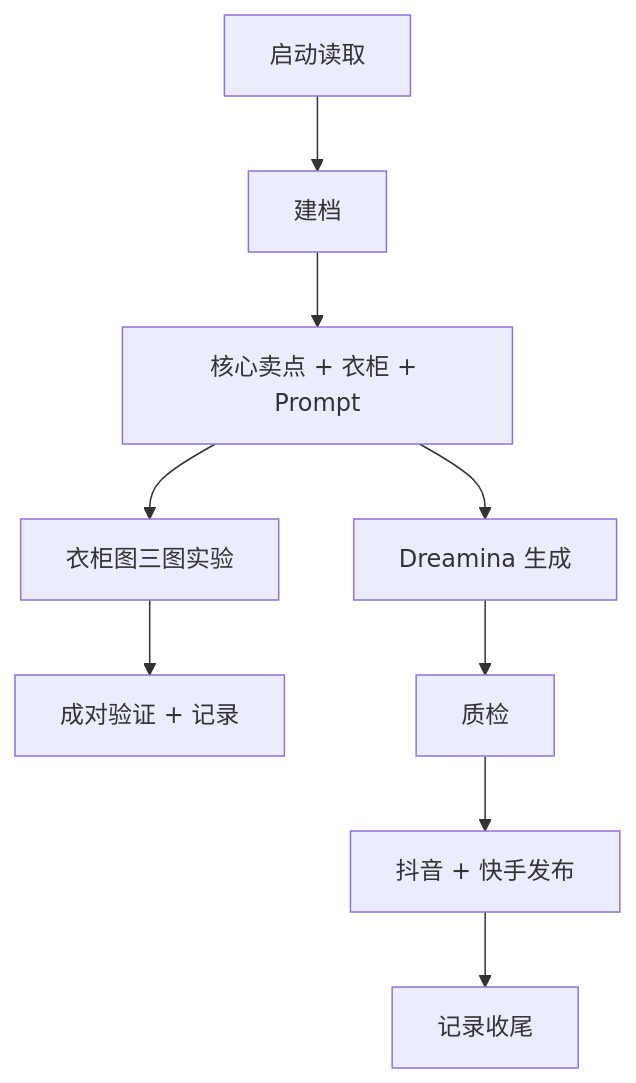
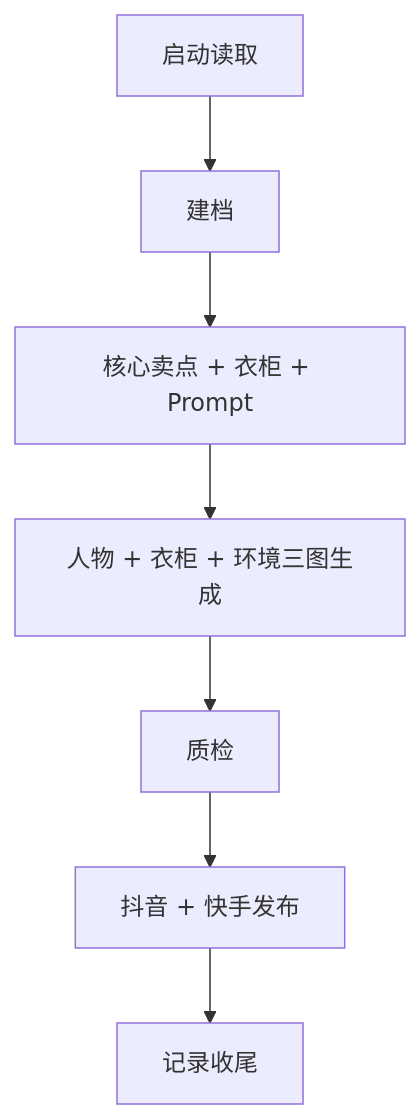
One commit to xsddpx/dy changed the diagram in README.md. Above: the diagram before and after it, drawn with Mermaid. The commit also changed 18 other files, not shown here.

````diff
--- a/README.md
+++ b/README.md
@@ -6,11 +6,9 @@
 ```mermaid
 flowchart TD
   A["启动读取"] --> B["建档"]
   B --> C["核心卖点 + 衣柜 + Prompt"]
-  C --> D["Dreamina 生成"]
-  C --> H["衣柜图三图实验"]
-  H --> I["成对验证 + 记录"]
+  C --> D["人物 + 衣柜 + 环境三图生成"]
   D --> E["质检"]
   E --> F["抖音 + 快手发布"]
   F --> G["记录收尾"]
 ```
````
